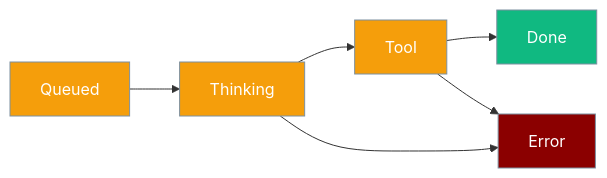
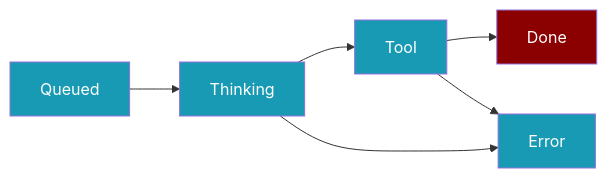
The diagram in docs/features/bot-status-reactions.mdx (MervinPraison/PraisonAIDocs), drawn with Mermaid before and after one commit. The commit also changed 24 other files, not shown here.

````diff
--- a/docs/features/bot-status-reactions.mdx
+++ b/docs/features/bot-status-reactions.mdx
@@ -10,16 +10,14 @@
 ```mermaid
 graph LR
     Q[Queued] --> T[Thinking]
     T --> Tool[Tool]
     Tool --> D[Done]
     T --> E[Error]
     Tool --> E
 
-    classDef state fill:#F59E0B,stroke:#7C90A0,color:#fff
-    classDef ok fill:#10B981,stroke:#7C90A0,color:#fff
-    classDef err fill:#8B0000,stroke:#7C90A0,color:#fff
+    classDef agent fill:#8B0000,color:#fff
+    classDef tool fill:#189AB4,color:#fff
 
-    class Q,T,Tool state
-    class D ok
-    class E err
+    class D agent
+    class Q,T,Tool,E tool
 ```
````
